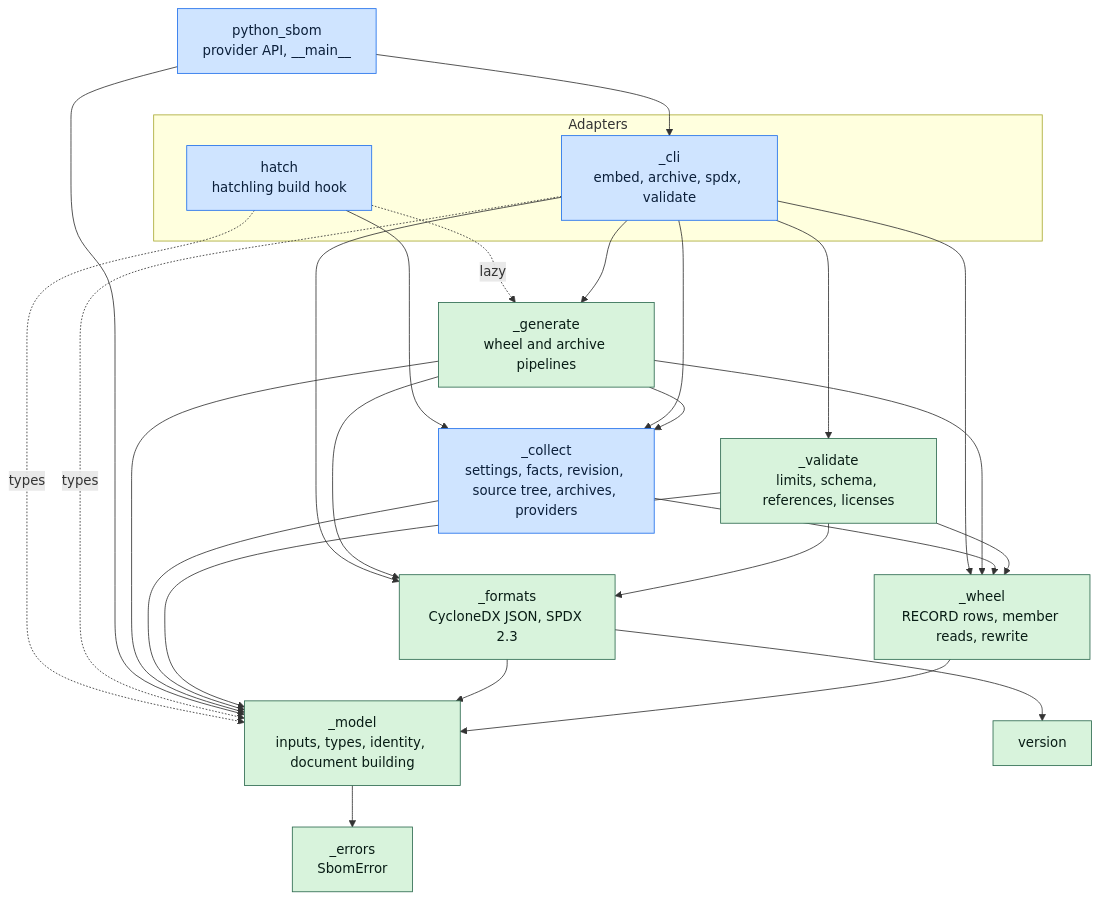
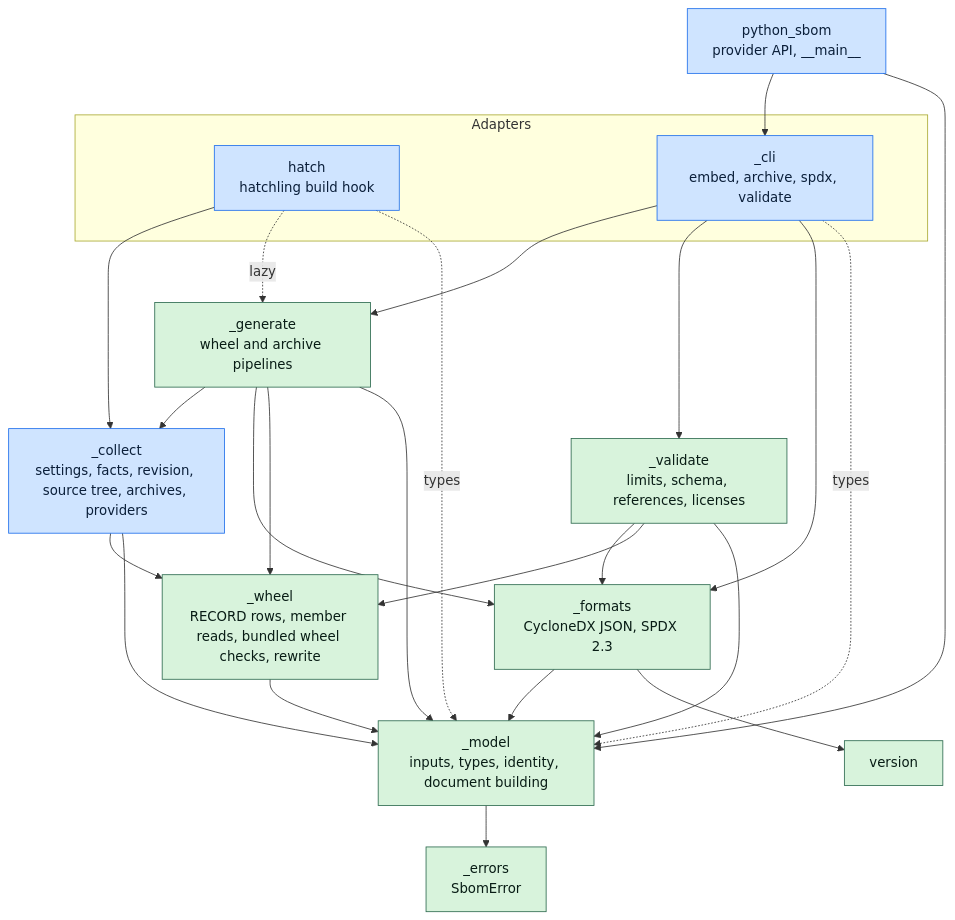
Before and after one commit to tox-dev/hatch-pep770: the diagram in docs/explanation.rst, drawn with Mermaid. The commit also changed 6 other files, not shown here.

```diff
--- a/docs/explanation.rst
+++ b/docs/explanation.rst
@@ -19,44 +19,42 @@
 .. mermaid::
 
     flowchart TB
         subgraph adapters[Adapters]
             hook[hatch<br/>hatchling build hook]
             cli[_cli<br/>embed, archive, spdx, validate]
         end
         api[python_sbom<br/>provider API, __main__]
         generate[_generate<br/>wheel and archive pipelines]
         collect[_collect<br/>settings, facts, revision, source tree, archives, providers]
         validate[_validate<br/>limits, schema, references, licenses]
         formats[_formats<br/>CycloneDX JSON, SPDX 2.3]
-        wheel[_wheel<br/>RECORD rows, member reads, rewrite]
+        wheel[_wheel<br/>RECORD rows, member reads, bundled wheel checks, rewrite]
         model[_model<br/>inputs, types, identity, document building]
         errors[_errors<br/>SbomError]
         version[version]
         hook --> collect
         hook -. lazy .-> generate
         hook -. types .-> model
         cli --> generate
-        cli --> collect
         cli --> validate
         cli --> formats
-        cli --> wheel
         cli -. types .-> model
         api --> cli
         api --> model
         generate --> collect
         generate --> formats
         generate --> wheel
         generate --> model
         collect --> wheel
         collect --> model
         validate --> formats
         validate --> wheel
         validate --> model
         formats --> model
         formats --> version
         model --> errors
         wheel --> model
         classDef edge fill:#cfe4ff,stroke:#1f6feb,color:#0b1f3a;
         classDef core fill:#d8f3dc,stroke:#2d6a4f,color:#081c15;
         class hook,cli,collect,api edge;
         class generate,validate,formats,wheel,model,errors,version core;
```
